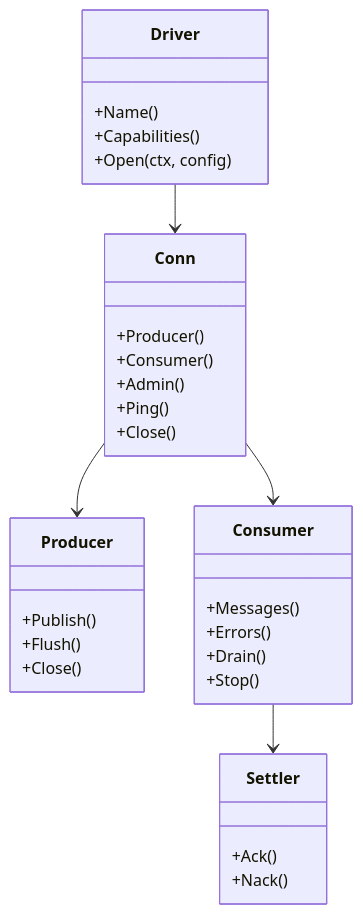
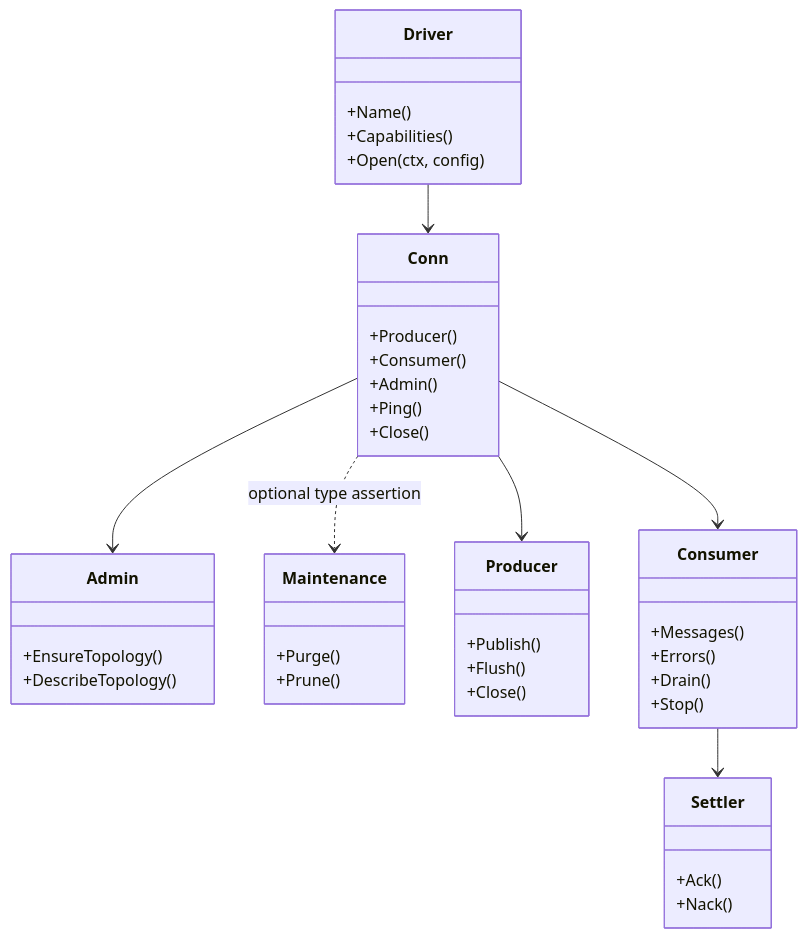
The first of 2 diagrams in docs/drivers-and-capabilities.md (bktrung/edm_sdk), drawn with Mermaid before and after one commit. The commit also changed other lines of this file and 16 other files, not shown here.

Commit message:
refactor(driver): move purge and prune to an optional maintenance port

````diff
--- a/docs/drivers-and-capabilities.md
+++ b/docs/drivers-and-capabilities.md
@@ -5,34 +5,44 @@
 ```mermaid
 classDiagram
     class Driver {
       +Name()
       +Capabilities()
       +Open(ctx, config)
     }
     class Conn {
       +Producer()
       +Consumer()
       +Admin()
       +Ping()
       +Close()
+    }
+    class Admin {
+      +EnsureTopology()
+      +DescribeTopology()
+    }
+    class Maintenance {
+      +Purge()
+      +Prune()
     }
     class Producer {
       +Publish()
       +Flush()
       +Close()
     }
     class Consumer {
       +Messages()
       +Errors()
       +Drain()
       +Stop()
     }
     class Settler {
       +Ack()
       +Nack()
     }
     Driver --> Conn
+    Conn --> Admin
+    Conn ..> Maintenance : optional type assertion
     Conn --> Producer
     Conn --> Consumer
     Consumer --> Settler
 ```
````
